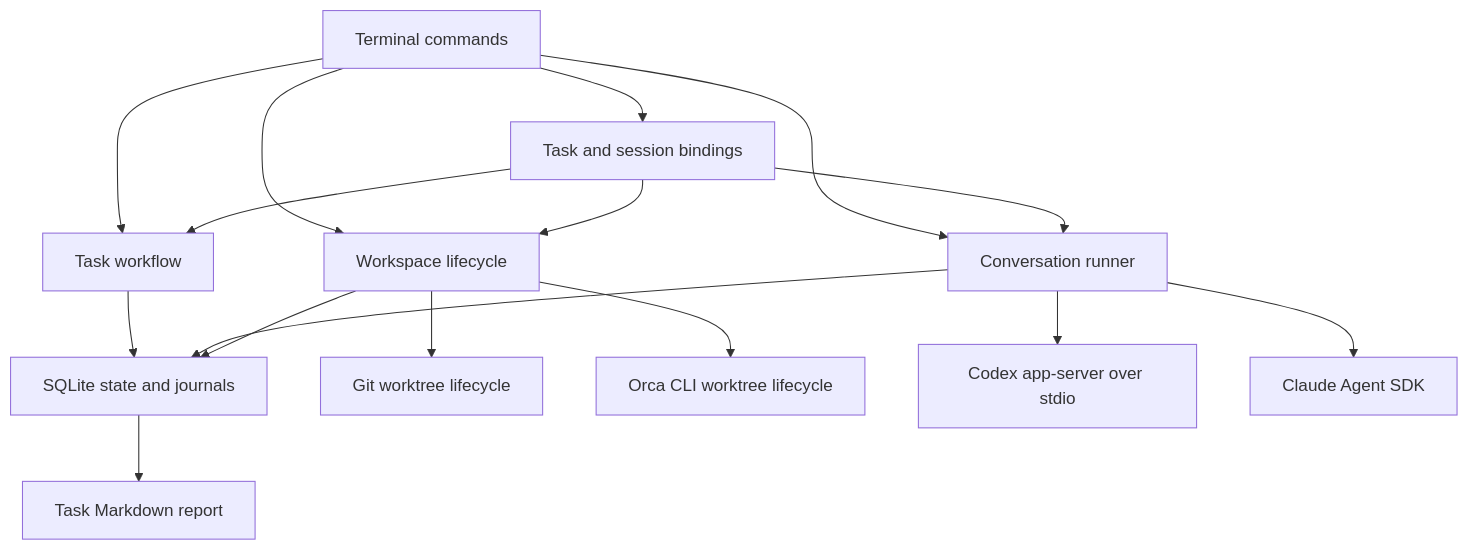
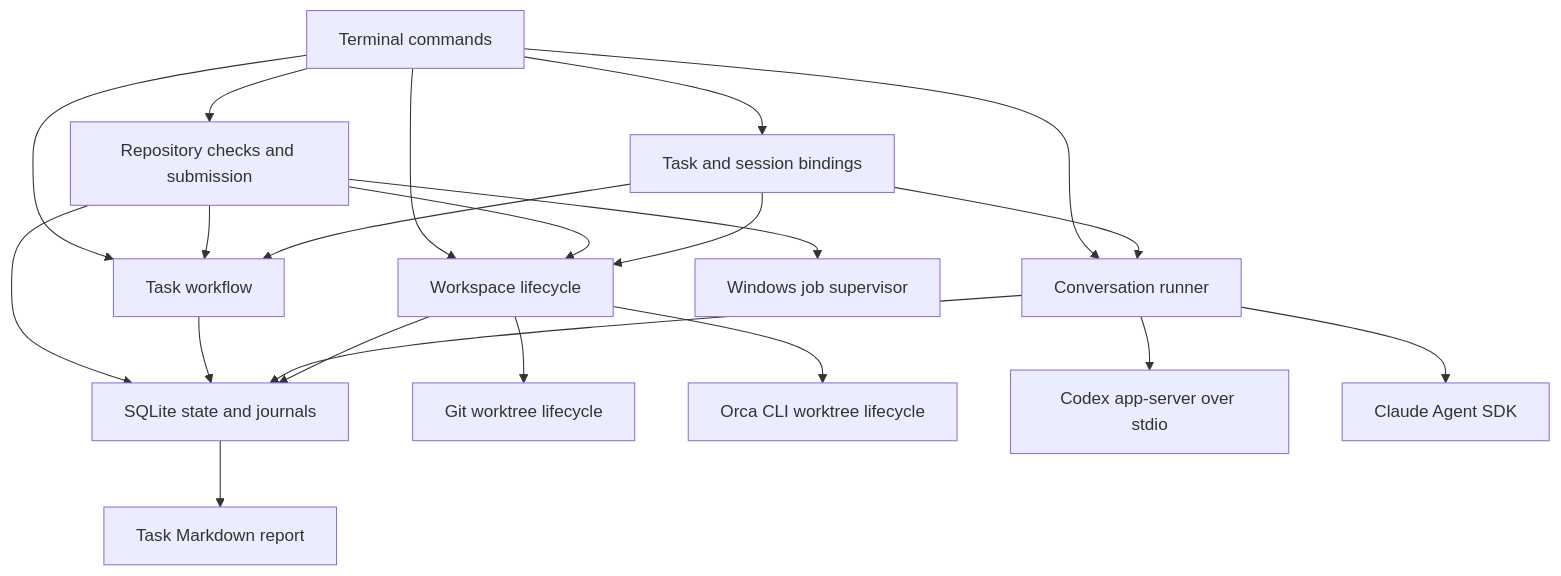
Before and after one commit to jazzonaut/grampus: the diagram in docs/ARCHITECTURE.md, drawn with Mermaid. The commit also changed other lines of this file and 14 other files, not shown here.

Commit message:
Add supervised repository checks and verified artifact submission

````diff
--- a/docs/ARCHITECTURE.md
+++ b/docs/ARCHITECTURE.md
@@ -9,18 +9,23 @@
 ```mermaid
 flowchart TD
     CLI[Terminal commands] --> Workflow[Task workflow]
     CLI --> Sessions[Conversation runner]
     CLI --> Workspaces[Workspace lifecycle]
     CLI --> Executions[Task and session bindings]
+    CLI --> Checks[Repository checks and submission]
+    Checks --> Workspaces
+    Checks --> Workflow
+    Checks --> Store
+    Checks --> Job[Windows job supervisor]
     Executions --> Workflow
     Executions --> Sessions
     Executions --> Workspaces
     Workflow --> Store[SQLite state and journals]
     Sessions --> Store
     Workspaces --> Store
     Workspaces --> Git[Git worktree lifecycle]
     Workspaces --> Orca[Orca CLI worktree lifecycle]
     Sessions --> Codex[Codex app-server over stdio]
     Sessions --> Claude[Claude Agent SDK]
     Store --> Report[Task Markdown report]
 ```
````
